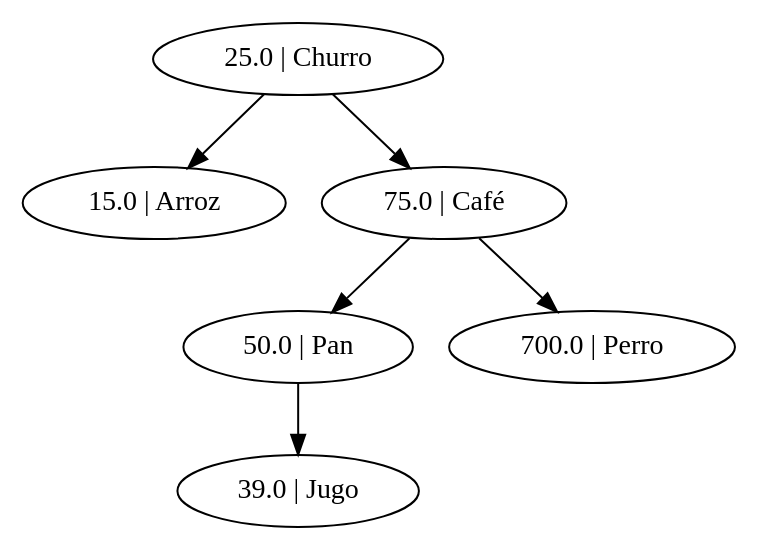
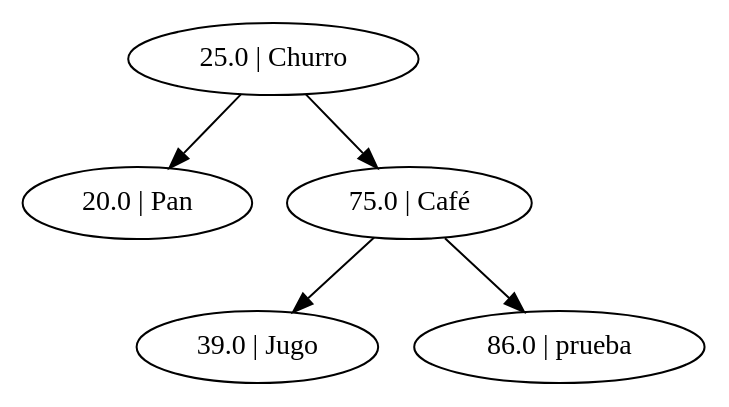
One commit to BryanBlacks/Algoritmos-y-Estructuras-de-Datos changed the diagram in Unidad I/PAC III 2019/Proyecto 1/Python/Memoria/test.dot. Above: the diagram before and after it, drawn with Graphviz. The commit also changed 13 other files, not shown here.

```diff
--- a/Unidad I/PAC III 2019/Proyecto 1/Python/Memoria/test.dot
+++ b/Unidad I/PAC III 2019/Proyecto 1/Python/Memoria/test.dot
@@ -1,7 +1,6 @@
-strict digraph  {
-	"25.0 | Churro" -> "15.0 | Arroz";
+strict digraph "" {
+	"25.0 | Churro" -> "20.0 | Pan";
 	"25.0 | Churro" -> "75.0 | Café";
-	"50.0 | Pan" -> "39.0 | Jugo";
-	"75.0 | Café" -> "50.0 | Pan";
-	"75.0 | Café" -> "700.0 | Perro";
+	"75.0 | Café" -> "39.0 | Jugo";
+	"75.0 | Café" -> "86.0 | prueba";
 }
```
